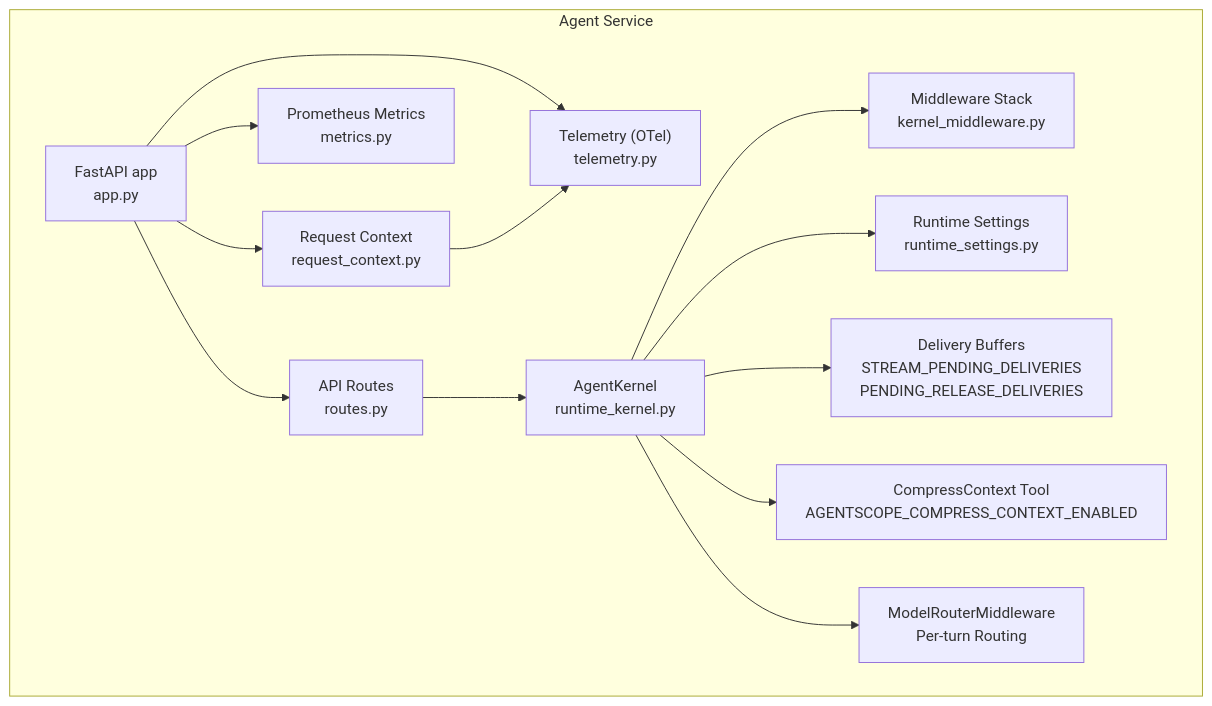
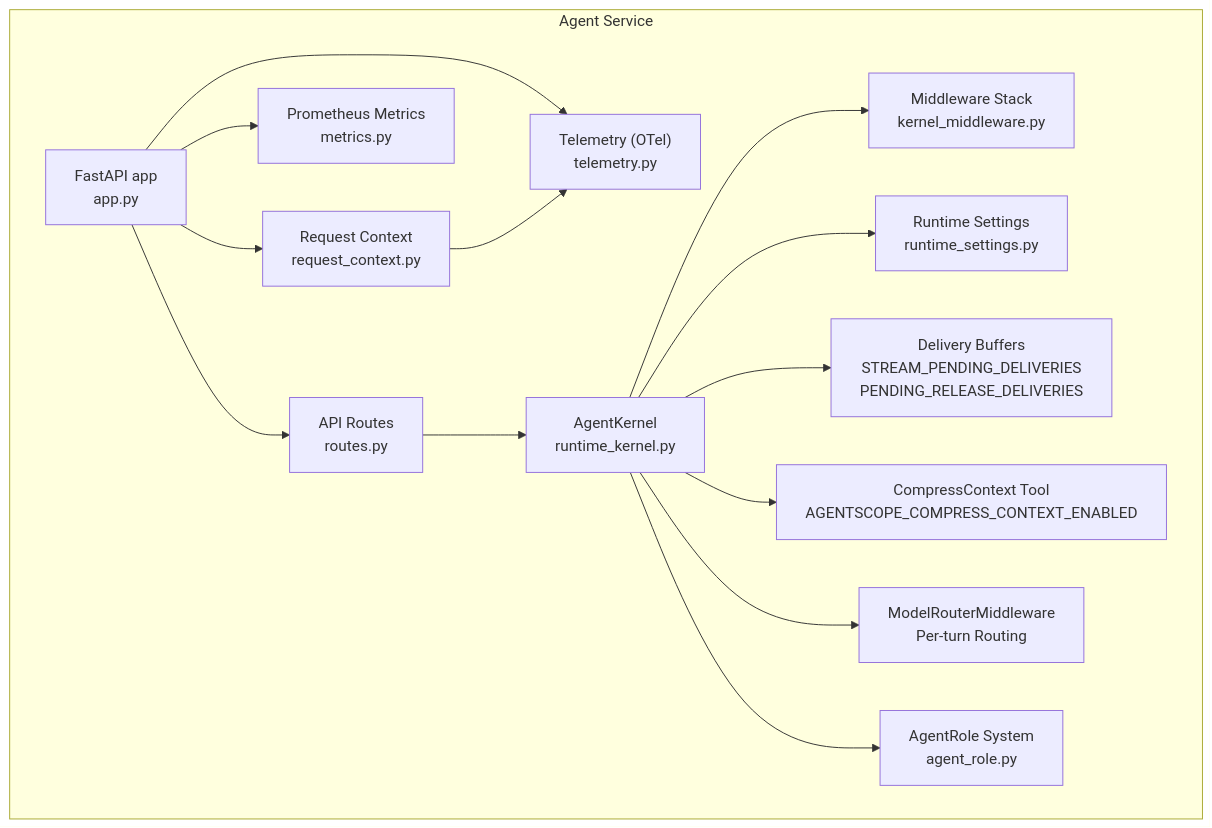
The first of 14 diagrams in .qoder/repowiki/en/content/Core Services/Agent Platform/Runtime Kernel and Middleware.md (metasync/luban-aiops), drawn with Mermaid before and after one commit. The commit also changed other lines of this file and 22 other files, not shown here.

````diff
--- a/.qoder/repowiki/en/content/Core Services/Agent Platform/Runtime Kernel and Middleware.md
+++ b/.qoder/repowiki/en/content/Core Services/Agent Platform/Runtime Kernel and Middleware.md
@@ -54,27 +56,29 @@
 ```mermaid
 graph TB
 subgraph "Agent Service"
 APP["FastAPI app<br/>app.py"]
 KERNEL["AgentKernel<br/>runtime_kernel.py"]
 MW["Middleware Stack<br/>kernel_middleware.py"]
 RC["Request Context<br/>request_context.py"]
 TEL["Telemetry (OTel)<br/>telemetry.py"]
 MET["Prometheus Metrics<br/>metrics.py"]
 SET["Runtime Settings<br/>runtime_settings.py"]
 ROUTES["API Routes<br/>routes.py"]
 BUF["Delivery Buffers<br/>STREAM_PENDING_DELIVERIES<br/>PENDING_RELEASE_DELIVERIES"]
 COMP["CompressContext Tool<br/>AGENTSCOPE_COMPRESS_CONTEXT_ENABLED"]
 ROUTER["ModelRouterMiddleware<br/>Per-turn Routing"]
+ROLE["AgentRole System<br/>agent_role.py"]
 end
 APP --> RC
 APP --> MET
 APP --> TEL
 APP --> ROUTES
 ROUTES --> KERNEL
 KERNEL --> MW
 KERNEL --> SET
 KERNEL --> BUF
 KERNEL --> COMP
 KERNEL --> ROUTER
+KERNEL --> ROLE
 RC --> TEL
 ```
````
